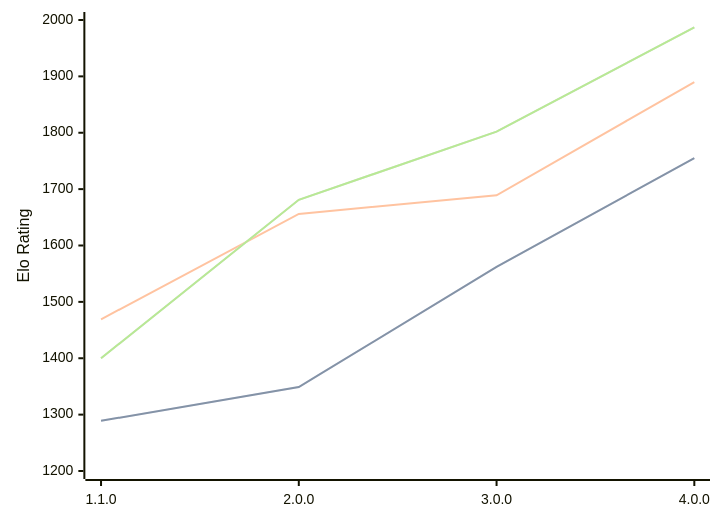
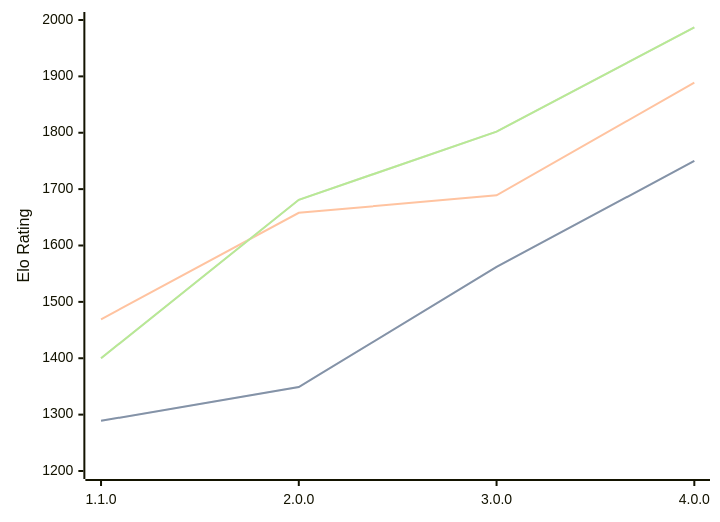
One commit to computer-chess-index/cci changed the diagram in engines/Laura.md. Above: the diagram before and after it, drawn with Mermaid. The commit also changed other lines of this file, not shown here.

````diff
--- a/engines/Laura.md
+++ b/engines/Laura.md
@@ -35,11 +35,11 @@
 ```mermaid
 %%{init: {"theme":"base","themeVariables":{"seriesColors:['#a3a3a3','#222221','#faa371']}}}%%
 xychart-beta
   x-axis ["1.1.0", "2.0.0", "3.0.0", "4.0.0"]
   y-axis "Elo Rating" 1200 --> 2000
-  line "STC (8.0+0.08s)" [1289, 1349, 1562, 1755]
-  line "STC (8.0+0.08s)" [1289, 1349, 1562, 1755]
-  line "LTC (60.0+0.60s)" [1469, 1656, 1689, 1890]
+  line "STC (8.0+0.08s)" [1289, 1349, 1562, 1750]
+  line "STC (8.0+0.08s)" [1289, 1349, 1562, 1750]
+  line "LTC (60.0+0.60s)" [1469, 1658, 1689, 1889]
   line "VLTC (2m24s+1.12s)" [1400, 1681, 1802, 1987]
   line "VLTC (2m24s+1.12s)" [1400, 1681, 1802, 1987]
 ```
````
